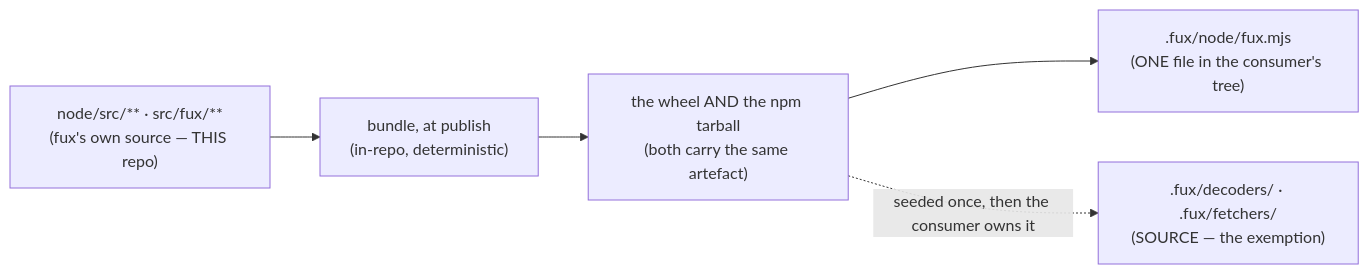
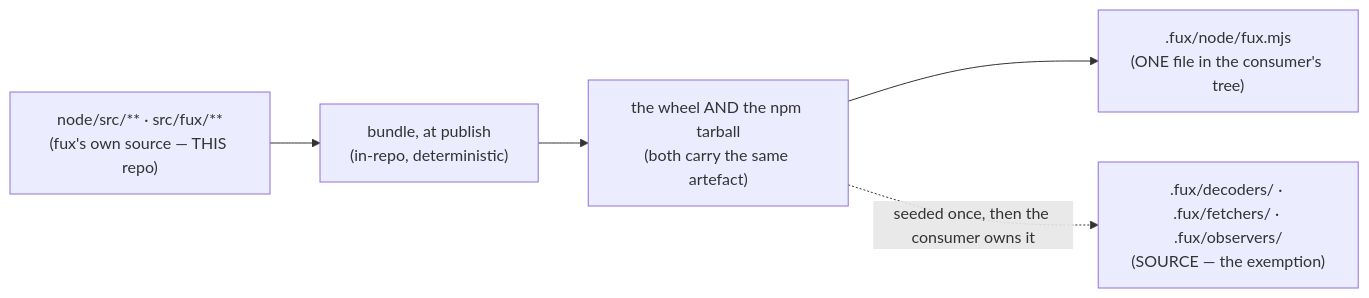
The diagram in records/0011_LAW-10-bundled-output.md (arpitarya/fux), drawn with Mermaid before and after one commit. The commit also changed other lines of this file and 27 other files, not shown here.

````diff
--- a/records/0011_LAW-10-bundled-output.md
+++ b/records/0011_LAW-10-bundled-output.md
@@ -70,10 +72,10 @@
 ```mermaid
 flowchart LR
     S["node/src/** · src/fux/**<br/>(fux's own source — THIS repo)"]
     B["bundle, at publish<br/>(in-repo, deterministic)"]
     W["the wheel AND the npm tarball<br/>(both carry the same artefact)"]
     C[".fux/node/fux.mjs<br/>(ONE file in the consumer's tree)"]
-    D[".fux/decoders/ · .fux/fetchers/<br/>(SOURCE — the exemption)"]
+    D[".fux/decoders/ · .fux/fetchers/ · .fux/observers/<br/>(SOURCE — the exemption)"]
     S --> B --> W --> C
     W -. "seeded once, then the consumer owns it" .-> D
 ```
````
